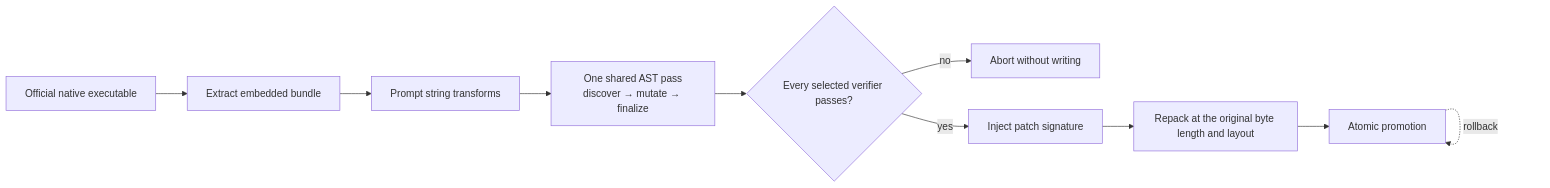
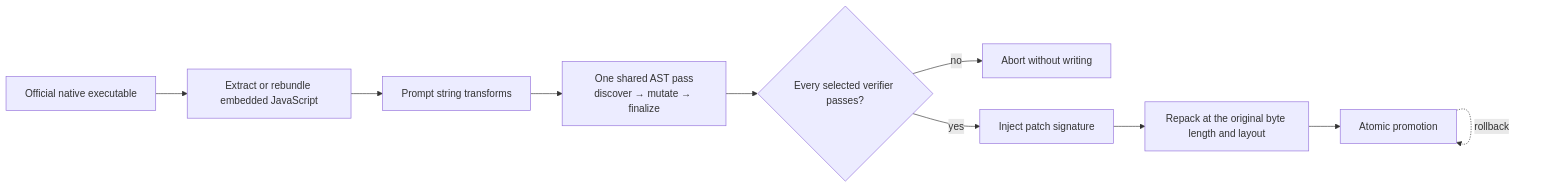
One commit to camjac251/cc-enhanced changed the diagram in README.md. Above: the diagram before and after it, drawn with Mermaid. The commit also changed other lines of this file and 47 other files, not shown here.

First line of the commit message:
fix(native): support split embedded bundles

````diff
--- a/README.md
+++ b/README.md
@@ -62,12 +62,12 @@
 ```mermaid
 flowchart LR
-    upstream["Official native executable"] --> extract["Extract embedded bundle"]
+    upstream["Official native executable"] --> extract["Extract or rebundle embedded JavaScript"]
     extract --> prompts["Prompt string transforms"]
     prompts --> ast["One shared AST pass<br/>discover → mutate → finalize"]
     ast --> verify{"Every selected verifier passes?"}
     verify -- no --> abort["Abort without writing"]
     verify -- yes --> signature["Inject patch signature"]
     signature --> repack["Repack at the original byte length and layout"]
     repack --> promote["Atomic promotion"]
     promote -. rollback .-> promote
 ```
````
